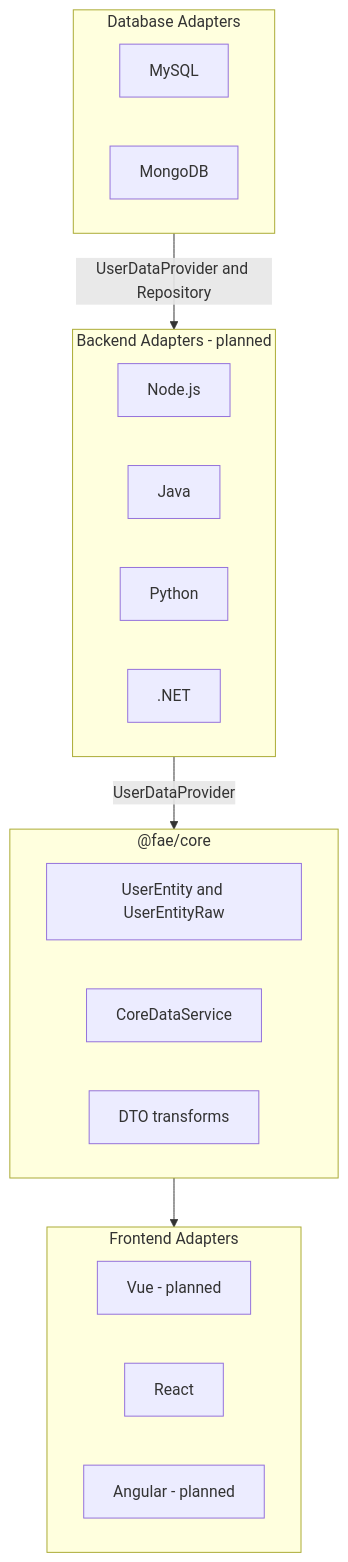
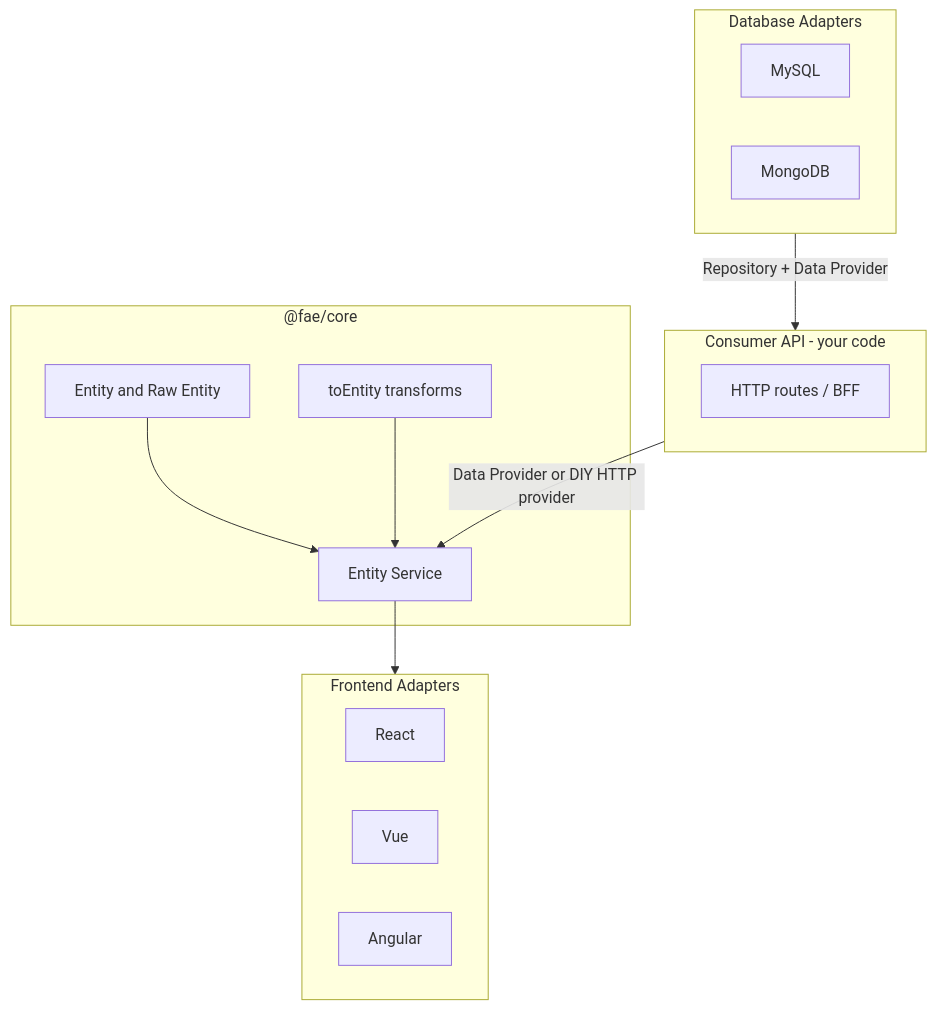
The diagram in README.md (JHJ-Hayes/Fullstack-agnostic-data-ecosystem), drawn with Mermaid before and after one commit. The commit also changed other lines of this file and 87 other files, not shown here.

Commit message:
feat: FAE milestone-1 foundation with Vitest harness Align Entity Service adapters and domain docs; add monorepo npm test for ticket #3.

````diff
--- a/README.md
+++ b/README.md
@@ -20,30 +22,29 @@
 ```mermaid
 flowchart TB
     subgraph databases [Database Adapters]
         MySQL[MySQL]
         MongoDB[MongoDB]
     end
 
-    subgraph backends [Backend Adapters - planned]
-        Node[Node.js]
-        Java[Java]
-        Python[Python]
-        DotNet[.NET]
+    subgraph api [Consumer API - your code]
+        Routes[HTTP routes / BFF]
     end
 
     subgraph core ["@fae/core"]
-        Types["UserEntity and UserEntityRaw"]
-        Service[CoreDataService]
-        Transform[DTO transforms]
+        Entity[Entity and Raw Entity]
+        EntityService[Entity Service]
+        Transform[toEntity transforms]
     end
 
     subgraph frontends [Frontend Adapters]
-        Vue[Vue - planned]
         React[React]
-        Angular[Angular - planned]
+        Vue[Vue]
+        Angular[Angular]
     end
 
-    databases -->|"UserDataProvider and Repository"| backends
-    backends -->|UserDataProvider| core
-    core --> frontends
+    databases -->|"Repository + Data Provider"| api
+    api -->|Data Provider or DIY HTTP provider| EntityService
+    EntityService --> frontends
+    Entity --> EntityService
+    Transform --> EntityService
 ```
````
